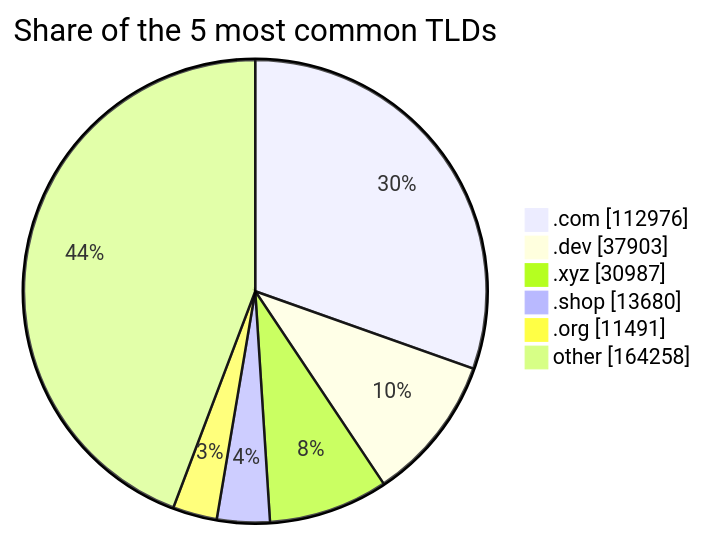
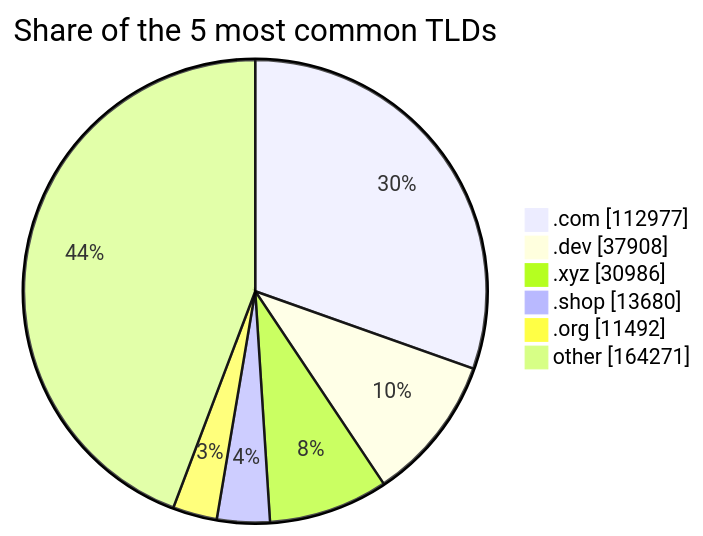
One commit to DNSBunker/CTI changed the third of 3 diagrams in README.md. Above: the diagram before and after it, drawn with Mermaid. The commit also changed other lines of this file and 3 other files, not shown here.

````diff
--- a/README.md
+++ b/README.md
@@ -81,9 +81,9 @@
 ```mermaid
 pie showData title Share of the 5 most common TLDs
-    ".com" : 112976
-    ".dev" : 37903
-    ".xyz" : 30987
+    ".com" : 112977
+    ".dev" : 37908
+    ".xyz" : 30986
     ".shop" : 13680
-    ".org" : 11491
-    "other" : 164258
+    ".org" : 11492
+    "other" : 164271
 ```
````
